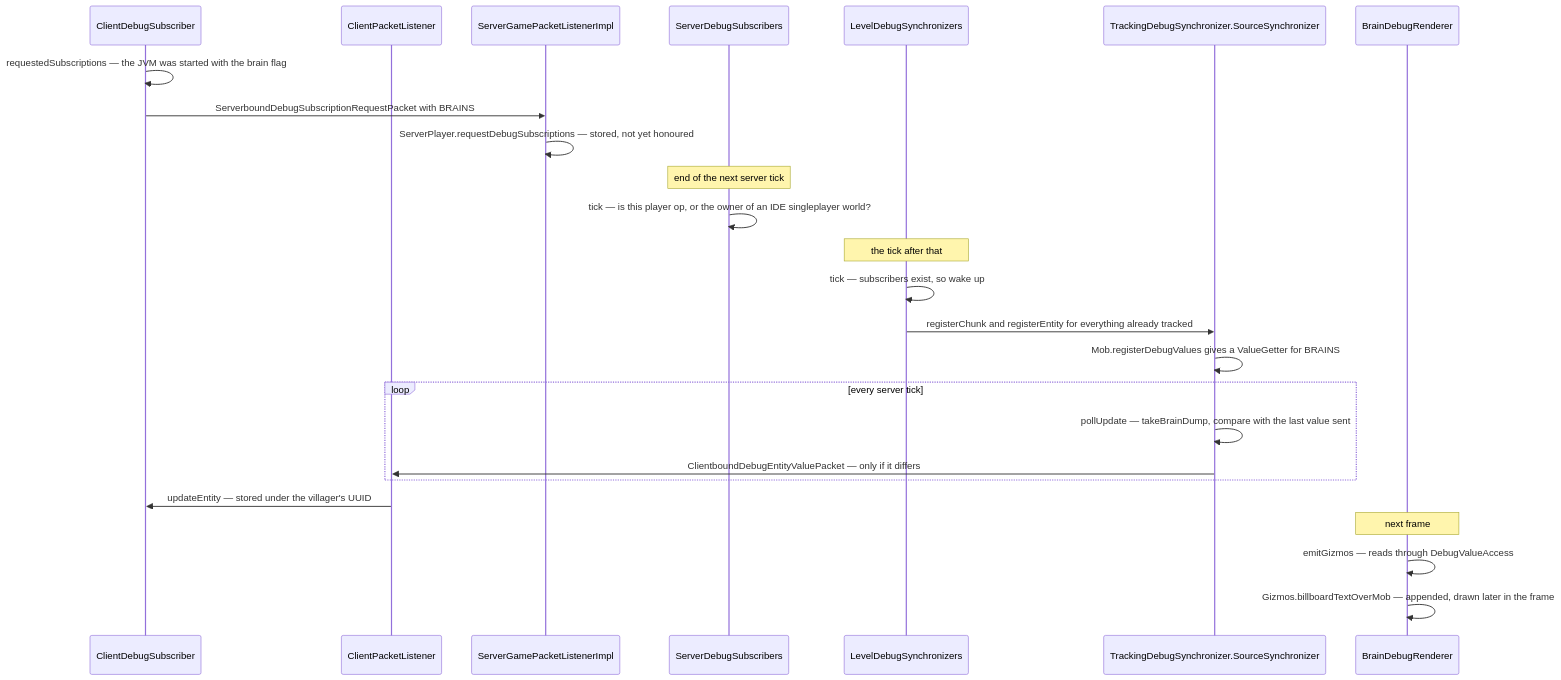
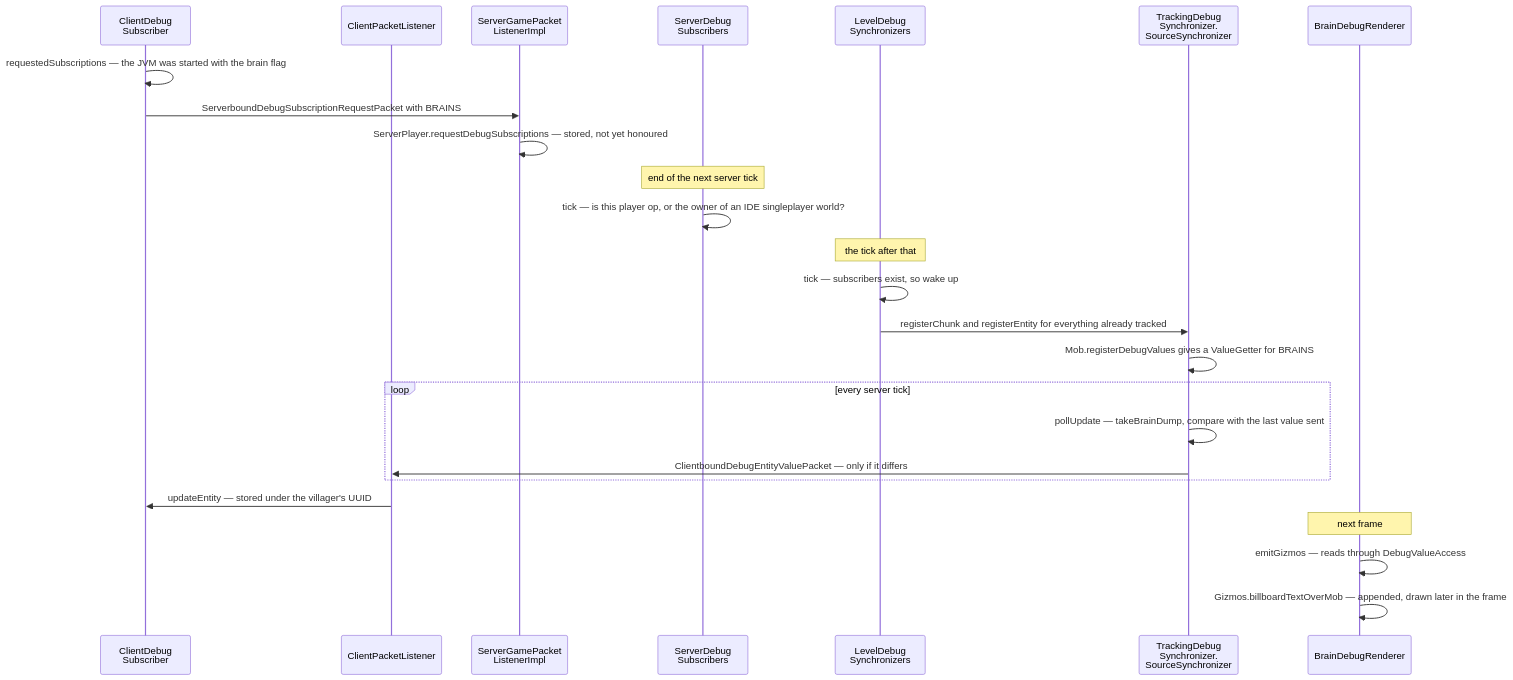
One commit to AlexanderjFraser/MinecraftDocs changed the diagram in src/systems/client/debugging-the-running-game.md. Above: the diagram before and after it, drawn with Mermaid. The commit also changed 68 other files, not shown here.

````diff
--- a/src/systems/client/debugging-the-running-game.md
+++ b/src/systems/client/debugging-the-running-game.md
@@ -121,28 +121,28 @@
 ```mermaid
 sequenceDiagram
-    participant CDS as ClientDebugSubscriber
+    participant CDS as ClientDebug<br/>Subscriber
     participant CPL as ClientPacketListener
-    participant SGPL as ServerGamePacketListenerImpl
-    participant SDS as ServerDebugSubscribers
-    participant LDS as LevelDebugSynchronizers
-    participant TDSS as TrackingDebugSynchronizer.SourceSynchronizer
+    participant SGPL as ServerGamePacket<br/>ListenerImpl
+    participant SDS as ServerDebug<br/>Subscribers
+    participant LDS as LevelDebug<br/>Synchronizers
+    participant TDSS as TrackingDebug<br/>Synchronizer.<br/>SourceSynchronizer
     participant BDR as BrainDebugRenderer
 
     CDS->>CDS: requestedSubscriptions — the JVM was started with the brain flag
     CDS->>SGPL: ServerboundDebugSubscriptionRequestPacket with BRAINS
     SGPL->>SGPL: ServerPlayer.requestDebugSubscriptions — stored, not yet honoured
     Note over SDS: end of the next server tick
     SDS->>SDS: tick — is this player op, or the owner of an IDE singleplayer world?
     Note over LDS: the tick after that
     LDS->>LDS: tick — subscribers exist, so wake up
     LDS->>TDSS: registerChunk and registerEntity for everything already tracked
     TDSS->>TDSS: Mob.registerDebugValues gives a ValueGetter for BRAINS
     loop every server tick
         TDSS->>TDSS: pollUpdate — takeBrainDump, compare with the last value sent
         TDSS->>CPL: ClientboundDebugEntityValuePacket — only if it differs
     end
     CPL->>CDS: updateEntity — stored under the villager's UUID
     Note over BDR: next frame
     BDR->>BDR: emitGizmos — reads through DebugValueAccess
     BDR->>BDR: Gizmos.billboardTextOverMob — appended, drawn later in the frame
 ```
````
